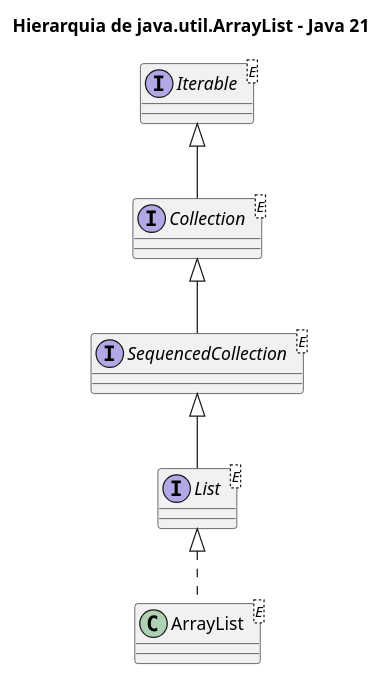
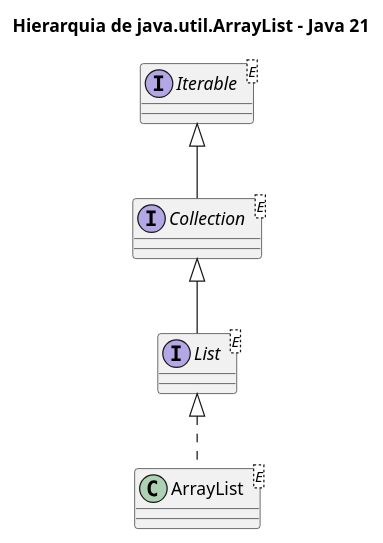
Before and after one commit to fabriciosantana/idp-marp-slides: the diagram in subjects/poo/code/11-arraylist-main.puml, drawn with PlantUML. The commit also changed 10 other files, not shown here.

```diff
--- a/subjects/poo/code/11-arraylist-main.puml
+++ b/subjects/poo/code/11-arraylist-main.puml
@@ -1,16 +1,14 @@
 @startuml
 title Hierarquia de java.util.ArrayList - Java 21
 
 interface Iterable<E>
 interface Collection<E>
-interface SequencedCollection<E>
 interface List<E>
 
 class ArrayList<E>
 
 Iterable <|-- Collection
-Collection <|-- SequencedCollection
-SequencedCollection <|-- List
+Collection <|-- List
 List <|.. ArrayList
 
 @enduml
```
